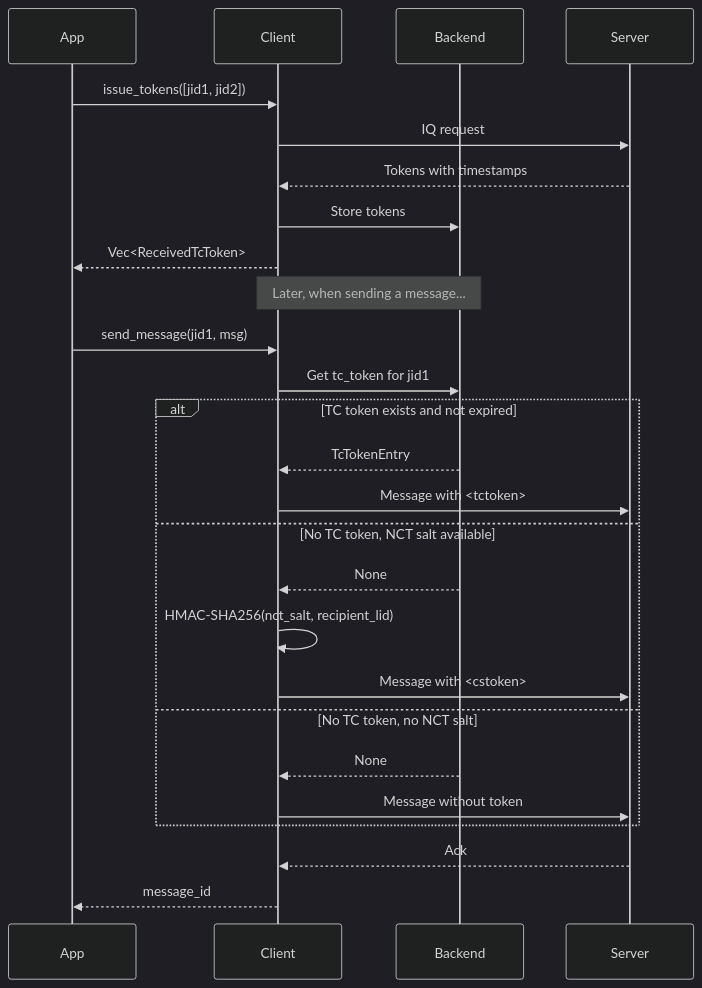
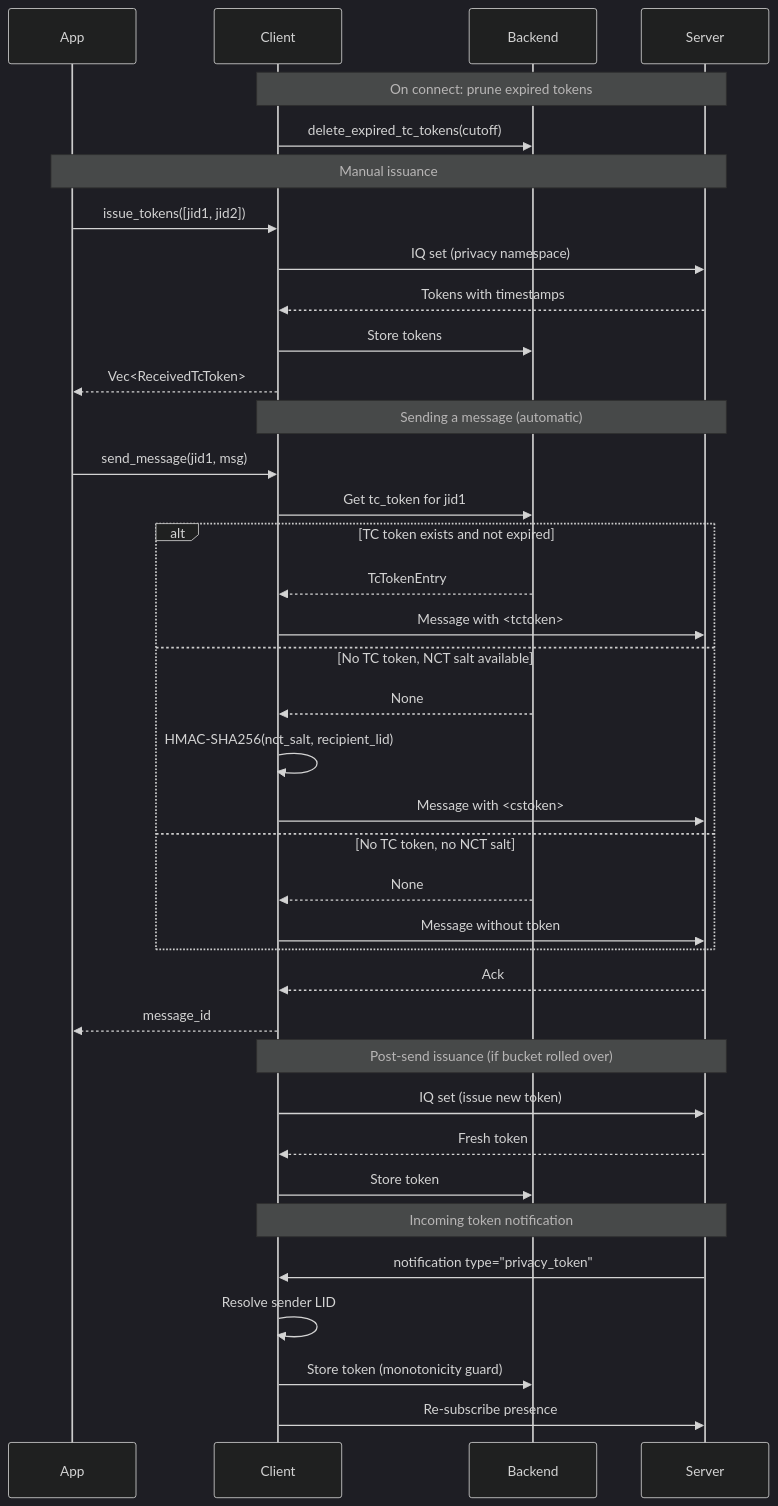
Before and after one commit to jlucaso1/whatsapp-rust-docs: the diagram in api/tctoken.mdx, drawn with Mermaid (dark theme). The commit also changed other lines of this file, not shown here.

````diff
--- a/api/tctoken.mdx
+++ b/api/tctoken.mdx
@@ -207,33 +261,47 @@
 ```mermaid
 sequenceDiagram
     participant App
     participant Client
     participant Backend
     participant Server
     
+    Note over Client,Server: On connect: prune expired tokens
+    Client->>Backend: delete_expired_tc_tokens(cutoff)
+    
+    Note over App,Server: Manual issuance
     App->>Client: issue_tokens([jid1, jid2])
-    Client->>Server: IQ request
+    Client->>Server: IQ set (privacy namespace)
     Server-->>Client: Tokens with timestamps
     Client->>Backend: Store tokens
     Client-->>App: Vec<ReceivedTcToken>
     
-    Note over Client,Backend: Later, when sending a message...
-    
+    Note over Client,Server: Sending a message (automatic)
     App->>Client: send_message(jid1, msg)
     Client->>Backend: Get tc_token for jid1
     
     alt TC token exists and not expired
         Backend-->>Client: TcTokenEntry
         Client->>Server: Message with <tctoken>
     else No TC token, NCT salt available
         Backend-->>Client: None
         Client->>Client: HMAC-SHA256(nct_salt, recipient_lid)
         Client->>Server: Message with <cstoken>
     else No TC token, no NCT salt
         Backend-->>Client: None
         Client->>Server: Message without token
     end
     
     Server-->>Client: Ack
     Client-->>App: message_id
+    
+    Note over Client,Server: Post-send issuance (if bucket rolled over)
+    Client->>Server: IQ set (issue new token)
+    Server-->>Client: Fresh token
+    Client->>Backend: Store token
+    
+    Note over Client,Server: Incoming token notification
+    Server->>Client: notification type="privacy_token"
+    Client->>Client: Resolve sender LID
+    Client->>Backend: Store token (monotonicity guard)
+    Client->>Server: Re-subscribe presence
 ```
````
